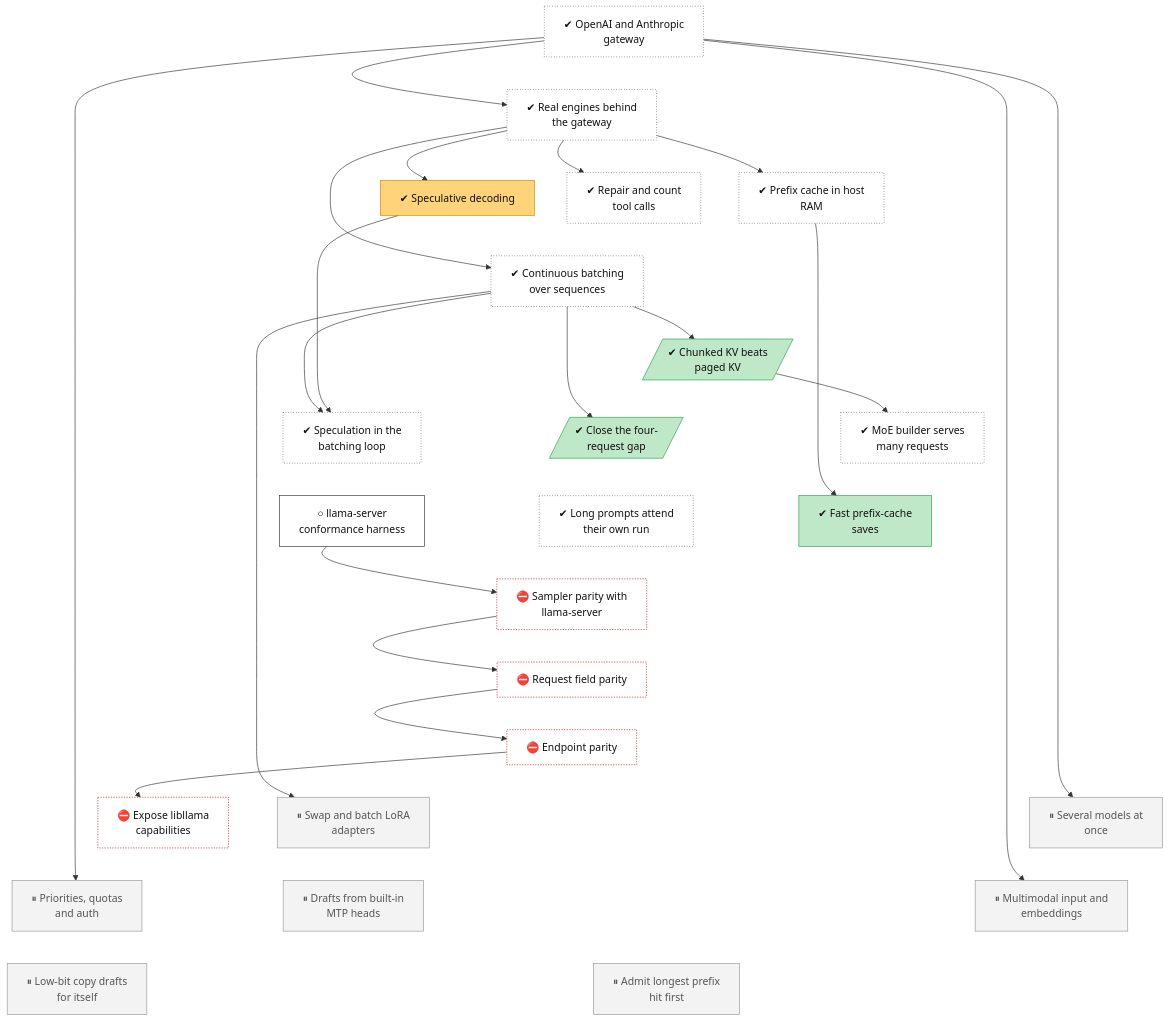
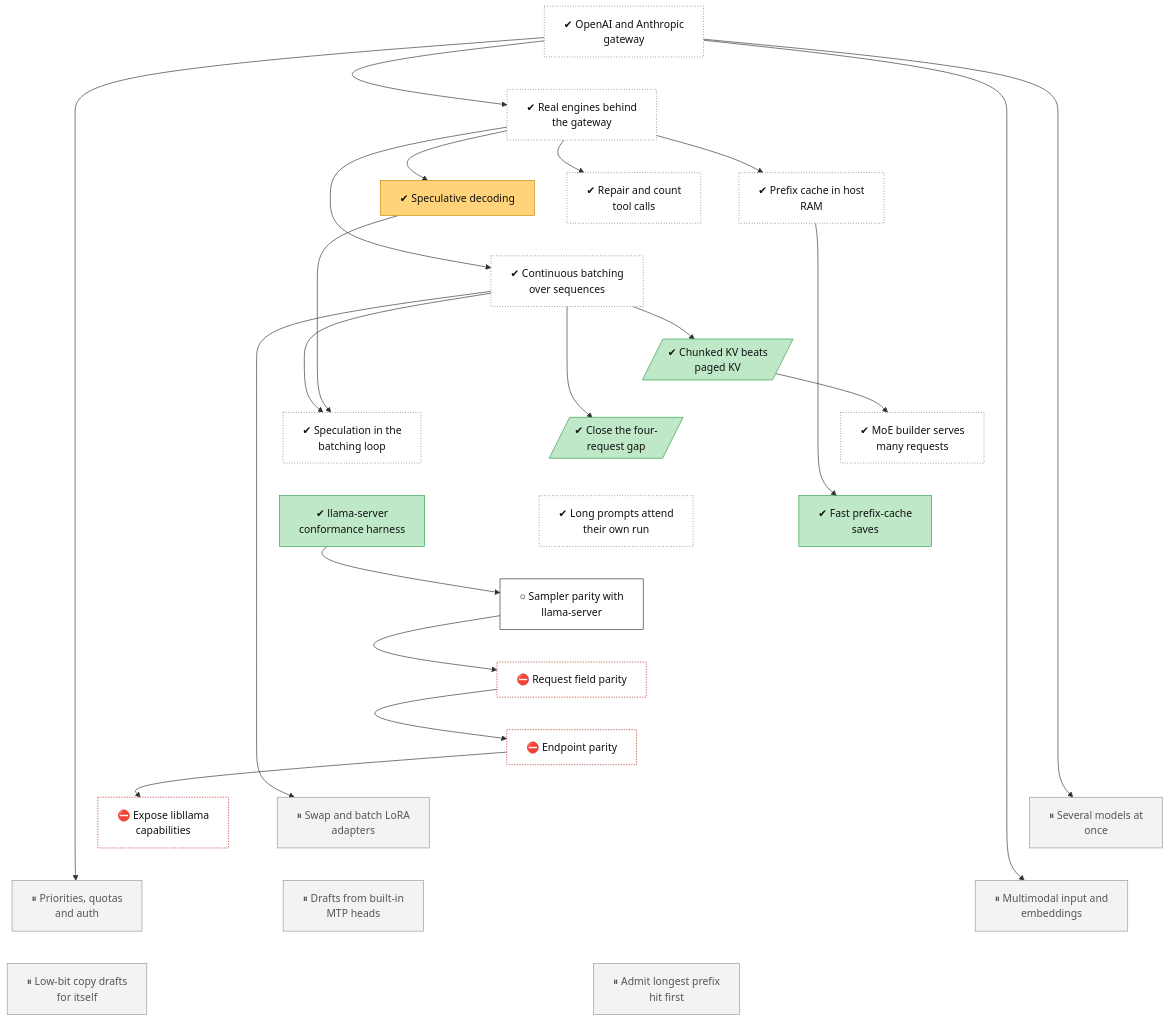
Before and after one commit to lhns/tetraeder: the diagram in docs/roadmap/tracks/serving.md, drawn with Mermaid. The commit also changed other lines of this file and 4 other files, not shown here.

Commit message:
Node serving-parity-harness done (CI run 44983973508: 15 conformant cases, 25 strict gaps); serving-parity-sampling next; harness result in the parity note (not measured)

````diff
--- a/docs/roadmap/tracks/serving.md
+++ b/docs/roadmap/tracks/serving.md
@@ -21,8 +21,8 @@
     serving_spec_batching["✔ Speculation in the<br/>batching loop"]
     serving_prefix_save["✔ Fast prefix-cache<br/>saves"]
     serving_own_run_attention["✔ Long prompts attend<br/>their own run"]
-    serving_parity_harness["○ llama-server<br/>conformance harness"]
-    serving_parity_sampling["⛔ Sampler parity with<br/>llama-server"]
+    serving_parity_harness["✔ llama-server<br/>conformance harness"]
+    serving_parity_sampling["○ Sampler parity with<br/>llama-server"]
     serving_parity_fields["⛔ Request field parity"]
     serving_parity_endpoints["⛔ Endpoint parity"]
     serving_parity_libllama["⛔ Expose libllama<br/>capabilities"]
@@ -96,8 +96,8 @@
     classDef waiting fill:#e3f2fd,stroke:#1f6fc5,stroke-dasharray:5 5,color:#111
     class serving_gateway,serving_real_engines,serving_prefix_cache,serving_tool_calls,serving_batching,serving_moe_batch,serving_spec_batching,serving_own_run_attention unrated
     class serving_speculative mixed
-    class serving_kv_layout,serving_c4_gap,serving_prefix_save succ
-    class serving_parity_harness next
-    class serving_parity_sampling,serving_parity_fields,serving_parity_endpoints,serving_parity_libllama blocked
+    class serving_kv_layout,serving_c4_gap,serving_prefix_save,serving_parity_harness succ
+    class serving_parity_sampling next
+    class serving_parity_fields,serving_parity_endpoints,serving_parity_libllama blocked
     class serving_multi_model,serving_multi_lora,serving_auth_quotas,serving_multimodal,serving_mtp_drafts,serving_self_spec,serving_prefix_first parked
 ```
````
